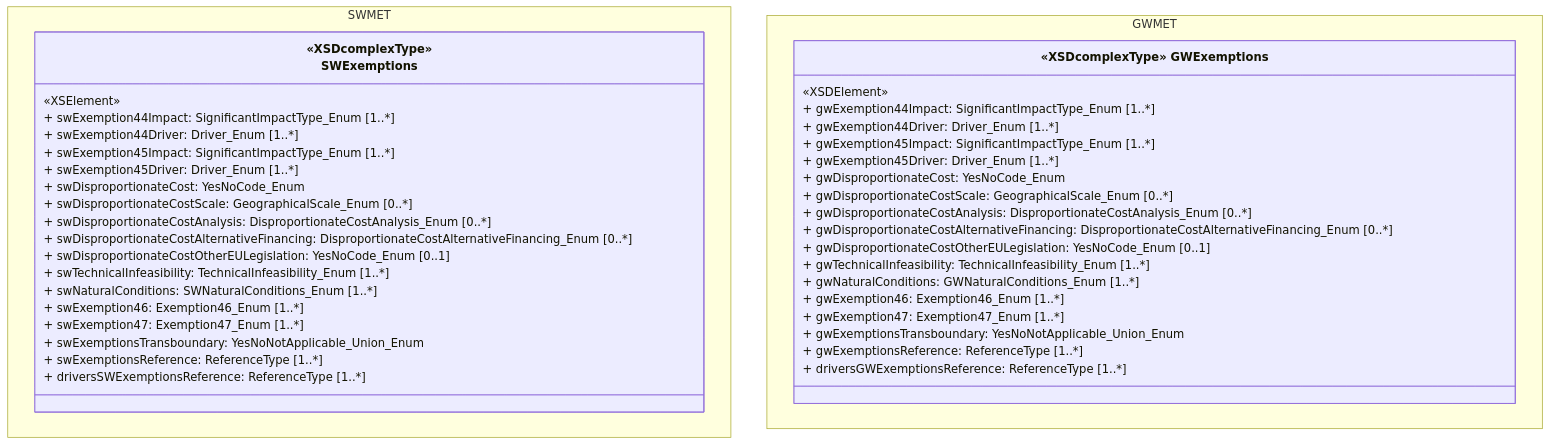
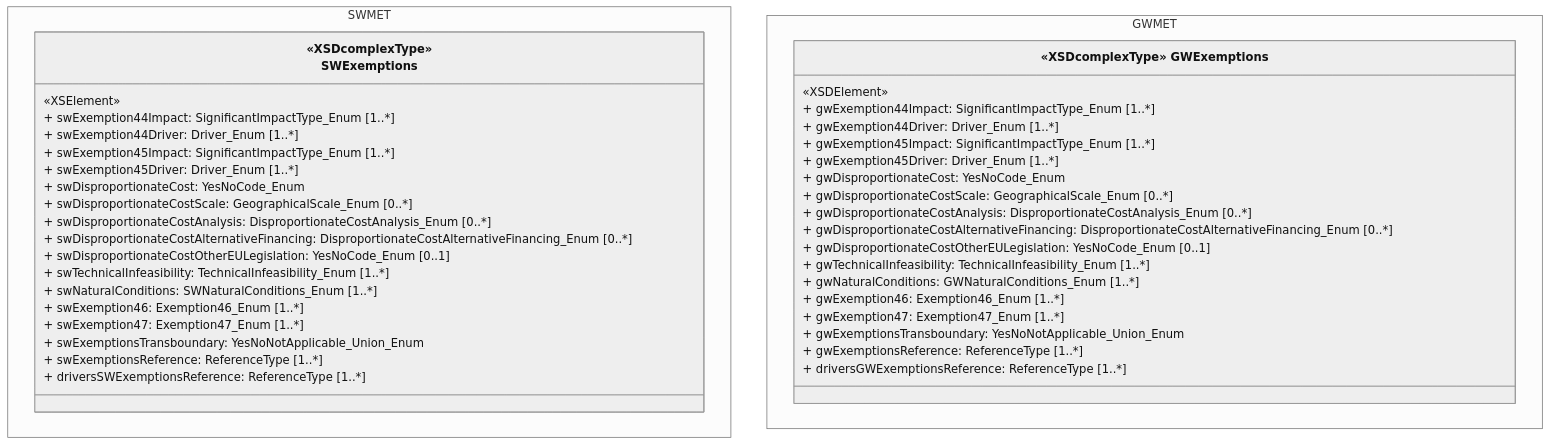
One commit to eeadata/WISE.WFD.Documentation changed the first of 9 diagrams in docs/DataModelReview/WFDExemptions.md. Above: the diagram before and after it, drawn with Mermaid. The commit also changed other lines of this file and 1 other file, not shown here.

````diff
--- a/docs/DataModelReview/WFDExemptions.md
+++ b/docs/DataModelReview/WFDExemptions.md
@@ -12,51 +12,51 @@
 ```{mermaid}
 :name: SWExemptions_GWExemptions
-:caption: SWExemptions and GWExemptions - 3rd cycle [no longer requested]
+:caption: SWExemptions and GWExemptions - 3rd cycle - OBSOLETE
 :align: center
-
+%%{init: {'theme': 'neutral'}}%%
 classDiagram 
 namespace SWMET{
 class SWExemptions ["«XSDcomplexType»
 SWExemptions"]{
   «XSElement»
   + swExemption44Impact: SignificantImpactType_Enum [1..*]
   + swExemption44Driver: Driver_Enum [1..*]
   + swExemption45Impact: SignificantImpactType_Enum [1..*]
   + swExemption45Driver: Driver_Enum [1..*]
   + swDisproportionateCost: YesNoCode_Enum
   + swDisproportionateCostScale: GeographicalScale_Enum [0..*]
   + swDisproportionateCostAnalysis: DisproportionateCostAnalysis_Enum [0..*]
   + swDisproportionateCostAlternativeFinancing: DisproportionateCostAlternativeFinancing_Enum [0..*]
   + swDisproportionateCostOtherEULegislation: YesNoCode_Enum [0..1]
   + swTechnicalInfeasibility: TechnicalInfeasibility_Enum [1..*]
   + swNaturalConditions: SWNaturalConditions_Enum [1..*]
   + swExemption46: Exemption46_Enum [1..*]
   + swExemption47: Exemption47_Enum [1..*]
   + swExemptionsTransboundary: YesNoNotApplicable_Union_Enum
   + swExemptionsReference: ReferenceType [1..*]
   + driversSWExemptionsReference: ReferenceType [1..*]
 }
 }
 namespace GWMET{
 class GWExemptions["«XSDcomplexType» GWExemptions"]{
   «XSDElement»
   + gwExemption44Impact: SignificantImpactType_Enum [1..*]
   + gwExemption44Driver: Driver_Enum [1..*]
   + gwExemption45Impact: SignificantImpactType_Enum [1..*]
   + gwExemption45Driver: Driver_Enum [1..*]
   + gwDisproportionateCost: YesNoCode_Enum
   + gwDisproportionateCostScale: GeographicalScale_Enum [0..*]
   + gwDisproportionateCostAnalysis: DisproportionateCostAnalysis_Enum [0..*]
   + gwDisproportionateCostAlternativeFinancing: DisproportionateCostAlternativeFinancing_Enum [0..*]
   + gwDisproportionateCostOtherEULegislation: YesNoCode_Enum [0..1]
   + gwTechnicalInfeasibility: TechnicalInfeasibility_Enum [1..*]
   + gwNaturalConditions: GWNaturalConditions_Enum [1..*]
   + gwExemption46: Exemption46_Enum [1..*]
   + gwExemption47: Exemption47_Enum [1..*]
   + gwExemptionsTransboundary: YesNoNotApplicable_Union_Enum
   + gwExemptionsReference: ReferenceType [1..*]
   + driversGWExemptionsReference: ReferenceType [1..*]
 }
 }
 
 ```
````
